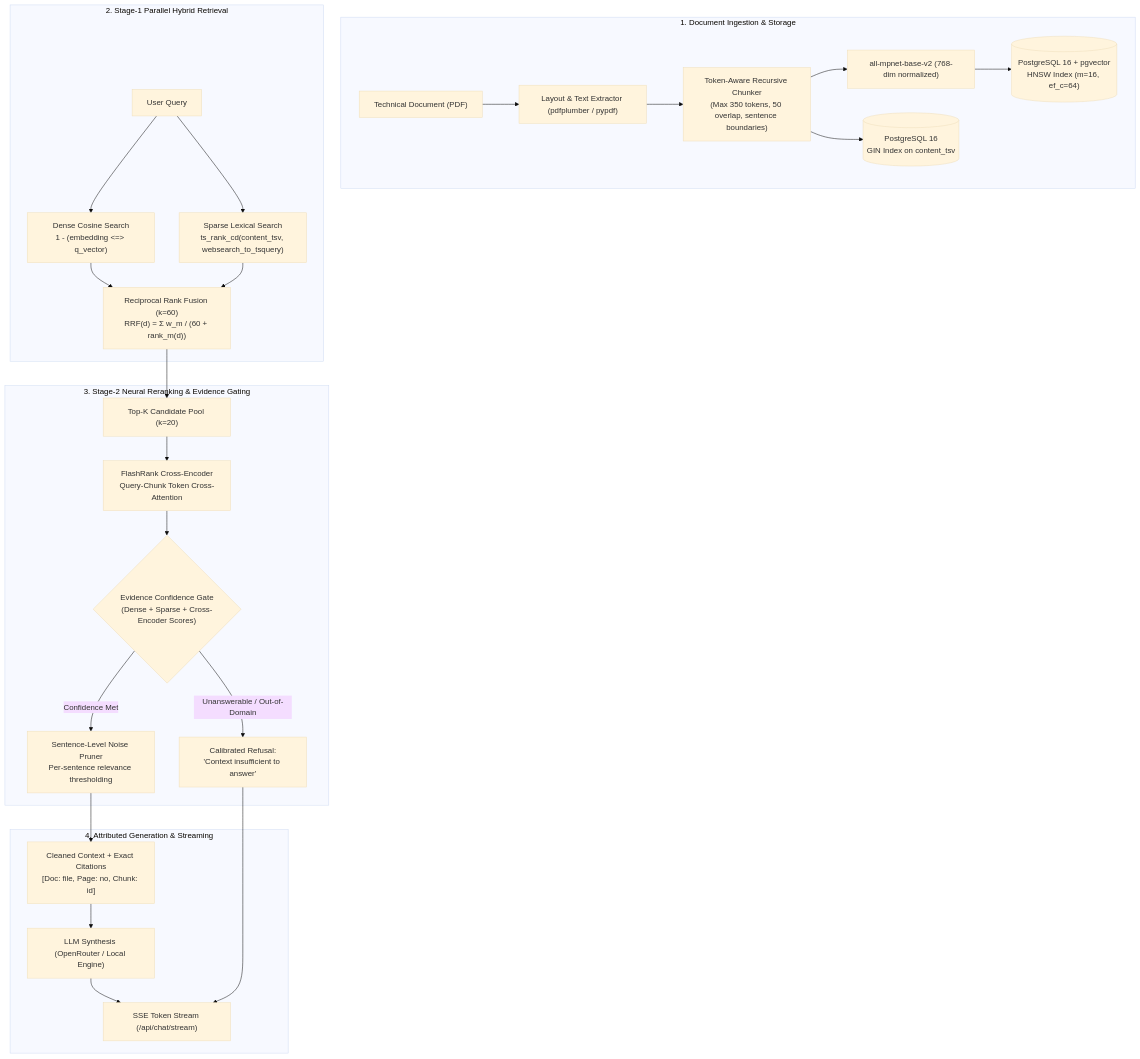
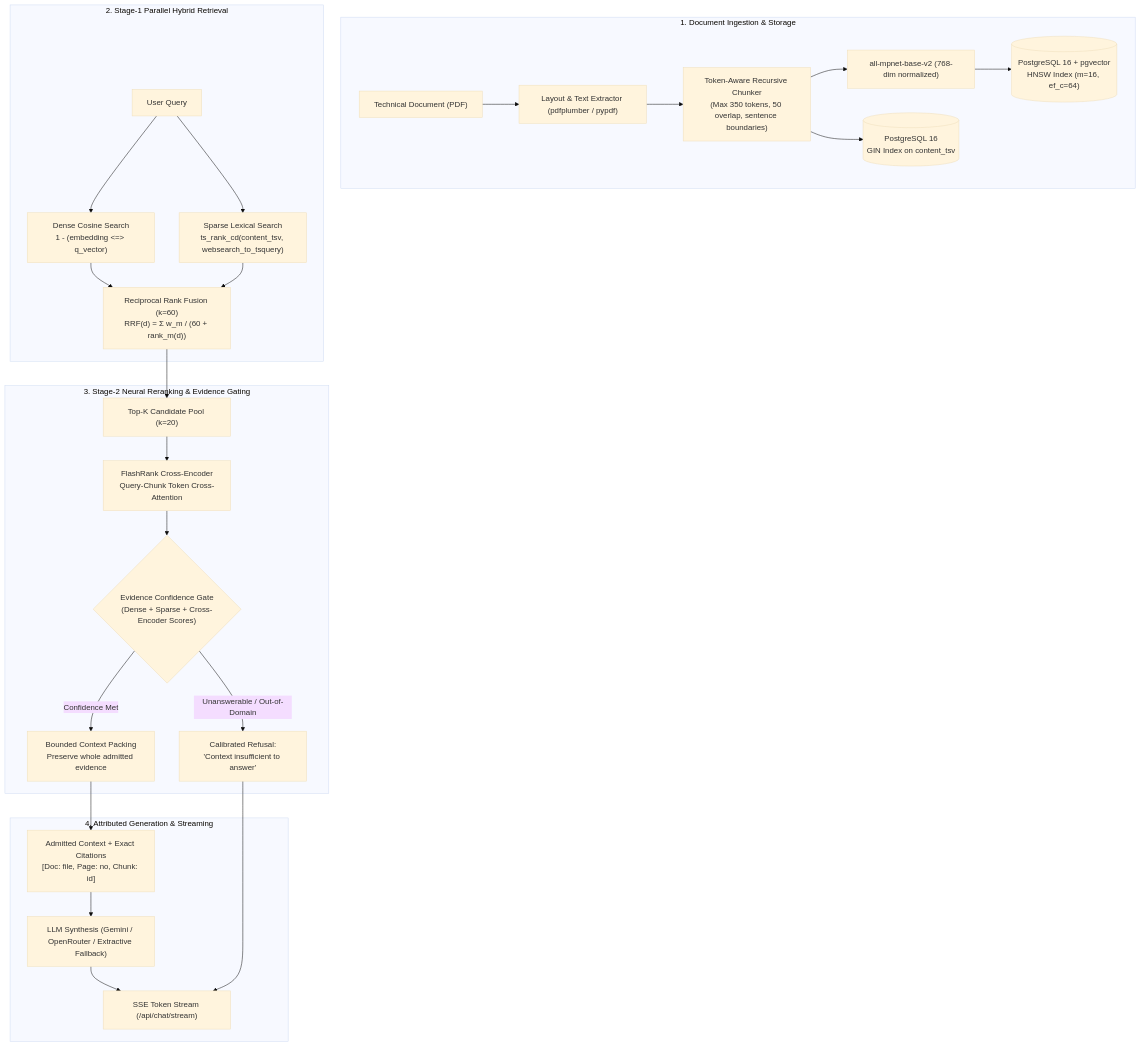
Before and after one commit to namm9an/Forge-Hub-RAG-System: the diagram in README.md, drawn with Mermaid (base theme). The commit also changed other lines of this file and 13 other files, not shown here.

````diff
--- a/README.md
+++ b/README.md
@@ -23,32 +25,32 @@
 ```mermaid
 flowchart TD
     subgraph Ingestion ["1. Document Ingestion & Storage"]
         PDF["Technical Document (PDF)"] --> Parser["Layout & Text Extractor (pdfplumber / pypdf)"]
         Parser --> Chunker["Token-Aware Recursive Chunker\n(Max 350 tokens, 50 overlap, sentence boundaries)"]
         Chunker --> Embedder["all-mpnet-base-v2 (768-dim normalized)"]
         Chunker --> DB_Text[("PostgreSQL 16\nGIN Index on content_tsv")]
         Embedder --> DB_Vector[("PostgreSQL 16 + pgvector\nHNSW Index (m=16, ef_c=64)")]
     end
 
     subgraph Stage1 ["2. Stage-1 Parallel Hybrid Retrieval"]
         Query["User Query"] --> Dense["Dense Cosine Search\n1 - (embedding <=> q_vector)"]
         Query --> Sparse["Sparse Lexical Search\nts_rank_cd(content_tsv, websearch_to_tsquery)"]
         Dense --> RRF["Reciprocal Rank Fusion (k=60)\nRRF(d) = Σ w_m / (60 + rank_m(d))"]
         Sparse --> RRF
     end
 
     subgraph Stage2 ["3. Stage-2 Neural Reranking & Evidence Gating"]
         RRF --> Candidates["Top-K Candidate Pool (k=20)"]
         Candidates --> Rerank["FlashRank Cross-Encoder\nQuery-Chunk Token Cross-Attention"]
         Rerank --> Gate{"Evidence Confidence Gate\n(Dense + Sparse + Cross-Encoder Scores)"}
         Gate -->|Unanswerable / Out-of-Domain| Refusal["Calibrated Refusal:\n'Context insufficient to answer'"]
-        Gate -->|Confidence Met| Pruner["Sentence-Level Noise Pruner\nPer-sentence relevance thresholding"]
+        Gate -->|Confidence Met| Pruner["Bounded Context Packing\nPreserve whole admitted evidence"]
     end
 
     subgraph Generation ["4. Attributed Generation & Streaming"]
-        Pruner --> Context["Cleaned Context + Exact Citations\n[Doc: file, Page: no, Chunk: id]"]
-        Context --> LLM["LLM Synthesis (OpenRouter / Local Engine)"]
+        Pruner --> Context["Admitted Context + Exact Citations\n[Doc: file, Page: no, Chunk: id]"]
+        Context --> LLM["LLM Synthesis (Gemini / OpenRouter / Extractive Fallback)"]
         LLM --> Stream["SSE Token Stream (/api/chat/stream)"]
         Refusal --> Stream
     end
 ```
````
